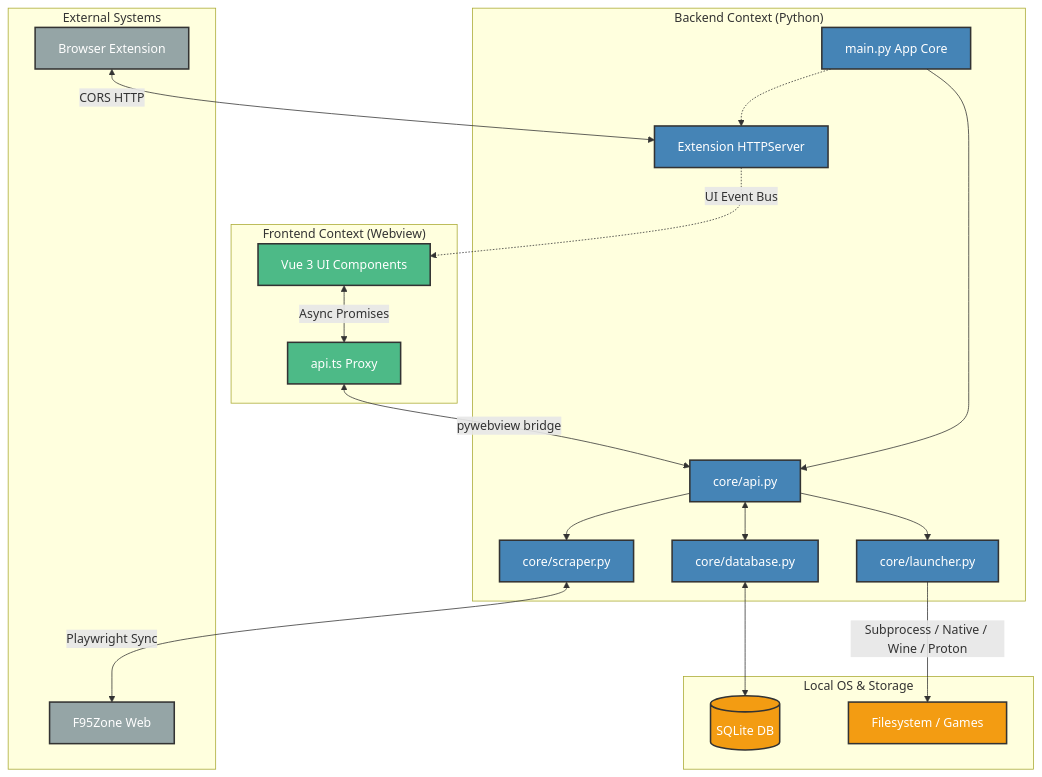
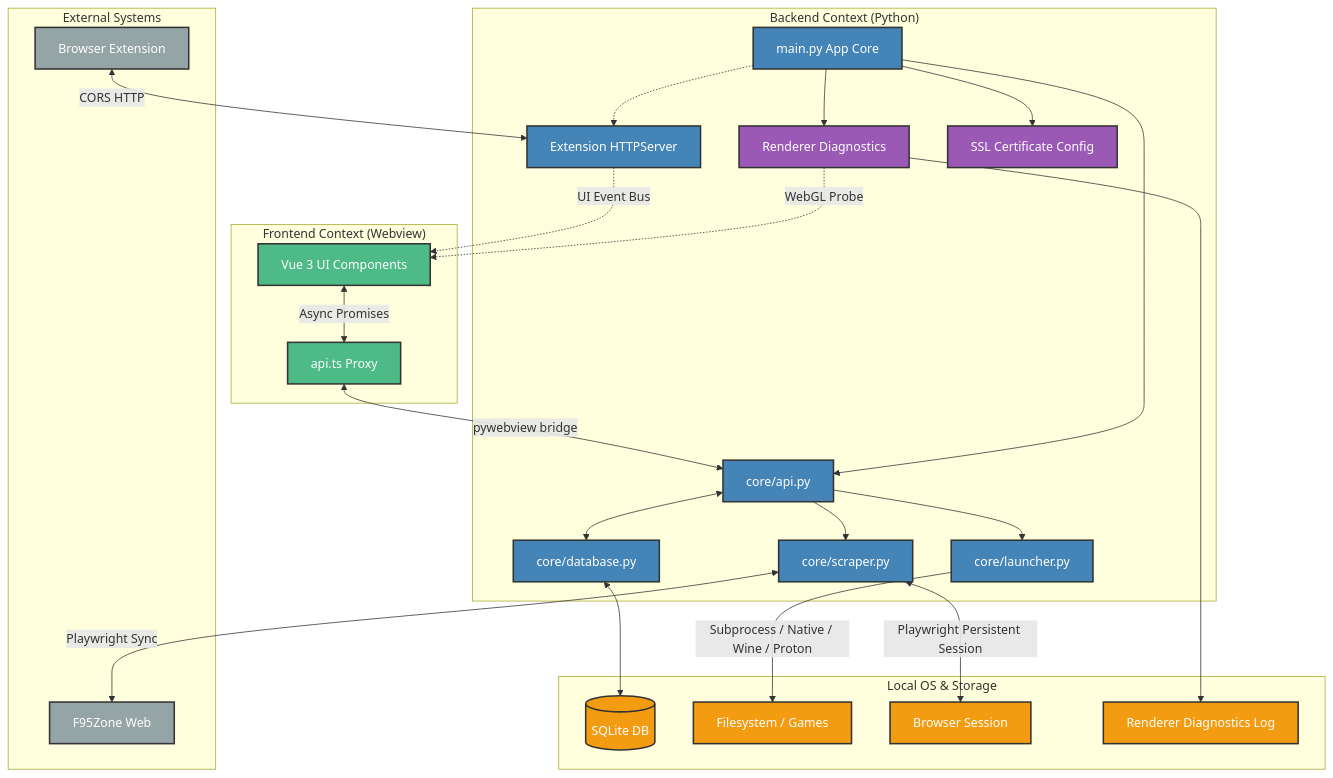
The diagram in docs/architecture.md (kirin-3/wLib), drawn with Mermaid before and after one commit. The commit also changed other lines of this file and 6 other files, not shown here.

````diff
--- a/docs/architecture.md
+++ b/docs/architecture.md
@@ -7,50 +7,61 @@
 ```mermaid
 flowchart TD
     %% Define Styles
     classDef frontend fill:#4dba87,stroke:#333,stroke-width:2px,color:#fff;
     classDef backend fill:#4584b6,stroke:#333,stroke-width:2px,color:#fff;
     classDef storage fill:#f39c12,stroke:#333,stroke-width:2px,color:#fff;
     classDef external fill:#95a5a6,stroke:#333,stroke-width:2px,color:#fff;
+    classDef diagnostics fill:#9b59b6,stroke:#333,stroke-width:2px,color:#fff;
 
     %% Components
     subgraph "Frontend Context (Webview)"
         UI[Vue 3 UI Components]:::frontend
         API_TS[api.ts Proxy]:::frontend
     end
 
     subgraph "Backend Context (Python)"
         MAIN[main.py App Core]:::backend
         API_PY[core/api.py]:::backend
         DB[core/database.py]:::backend
         SCRAPER[core/scraper.py]:::backend
         LAUNCHER[core/launcher.py]:::backend
         EXT_SERVER[Extension HTTPServer]:::backend
+        RENDERER[Renderer Diagnostics]:::diagnostics
+        SSL[SSL Certificate Config]:::diagnostics
     end
 
     subgraph "Local OS & Storage"
         SQLITE[(SQLite DB)]:::storage
         FS[Filesystem / Games]:::storage
+        BROWSER_SESSION[Browser Session]:::storage
+        DIAG_LOG[Renderer Diagnostics Log]:::storage
     end
 
     subgraph "External Systems"
         F95[F95Zone Web]:::external
         EXT[Browser Extension]:::external
     end
 
     %% Flow
     UI <-->|Async Promises| API_TS
     API_TS <-->|pywebview bridge| API_PY
     
     API_PY <--> DB
     API_PY --> SCRAPER
     API_PY --> LAUNCHER
     MAIN --> API_PY
     MAIN -.-> EXT_SERVER
+    MAIN --> RENDERER
+    MAIN --> SSL
 
     DB <--> SQLITE
+    SCRAPER <-->|Playwright Persistent Session| BROWSER_SESSION
     SCRAPER <-->|Playwright Sync| F95
     LAUNCHER -->|Subprocess / Native / Wine / Proton| FS
     
     EXT <-->|CORS HTTP| EXT_SERVER
     EXT_SERVER -.->|UI Event Bus| UI
+    
+    RENDERER --> DIAG_LOG
+    RENDERER -.->|WebGL Probe| UI
 ```
````
